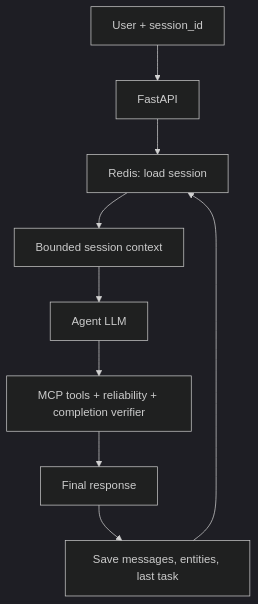
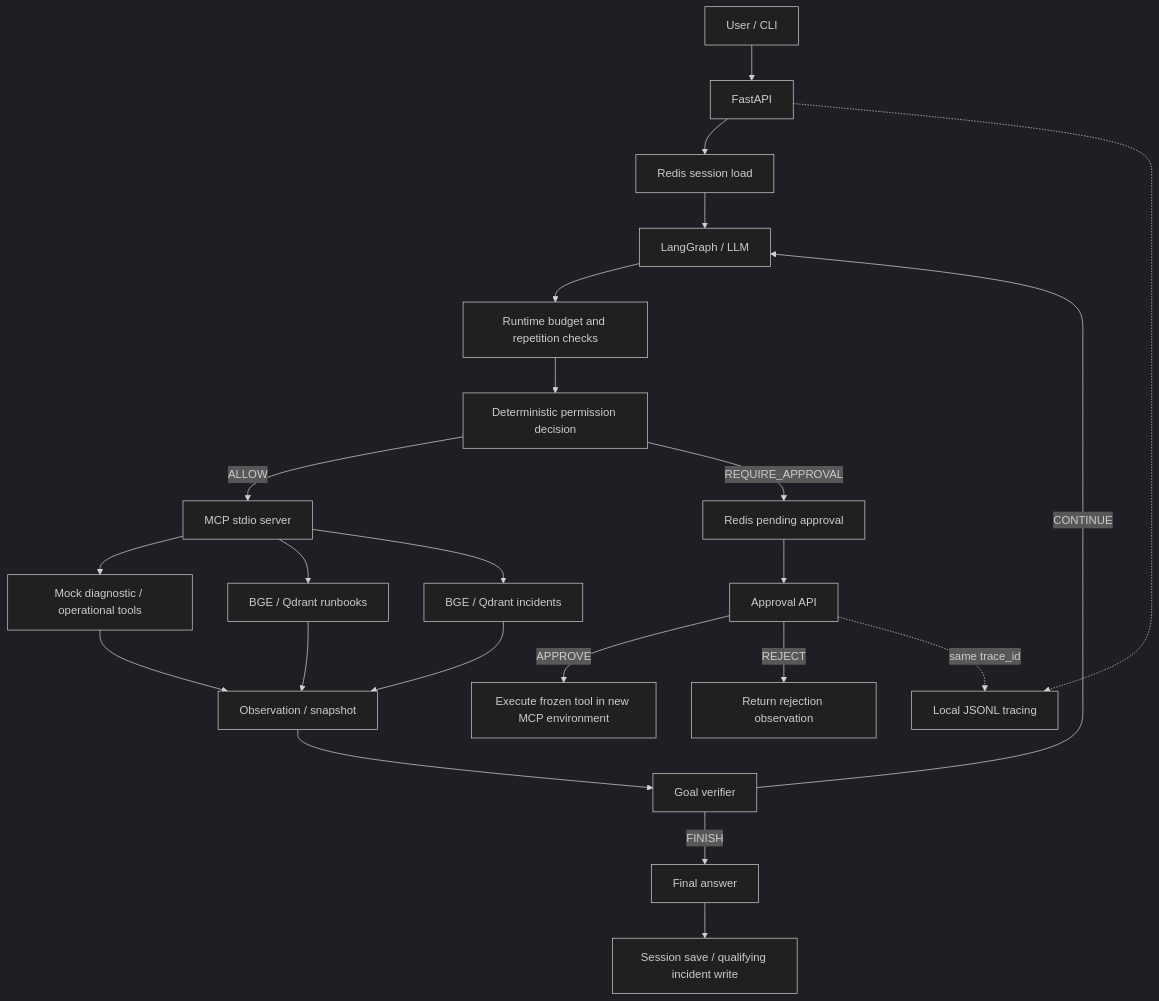
The diagram in README.md (BeckywithYaoji/opspilot), drawn with Mermaid (dark theme) before and after one commit. The commit also changed other lines of this file and 34 other files, not shown here.

````diff
--- a/README.md
+++ b/README.md
@@ -381,11 +16,25 @@
 ```mermaid
 flowchart TD
-    U[User + session_id] --> API[FastAPI]
-    API --> R[Redis: load session]
-    R --> C[Bounded session context]
-    C --> A[Agent LLM]
-    A --> T[MCP tools + reliability + completion verifier]
-    T --> F[Final response]
-    F --> S[Save messages, entities, last task]
-    S --> R
+    U[User / CLI] --> API[FastAPI]
+    API --> M[Redis session load]
+    M --> A[LangGraph / LLM]
+    A --> R[Runtime budget and repetition checks]
+    R --> G[Deterministic permission decision]
+    G -->|ALLOW| MCP[MCP stdio server]
+    G -->|REQUIRE_APPROVAL| P[Redis pending approval]
+    MCP --> OPS[Mock diagnostic / operational tools]
+    MCP --> RB[BGE / Qdrant runbooks]
+    MCP --> IM[BGE / Qdrant incidents]
+    OPS --> O[Observation / snapshot]
+    RB --> O
+    IM --> O
+    O --> V[Goal verifier]
+    V -->|CONTINUE| A
+    V -->|FINISH| F[Final answer]
+    P --> AP[Approval API]
+    AP -->|APPROVE| X[Execute frozen tool in new MCP environment]
+    AP -->|REJECT| RJ[Return rejection observation]
+    F --> S[Session save / qualifying incident write]
+    API -.-> T[Local JSONL tracing]
+    AP -.same trace_id.-> T
 ```
````
